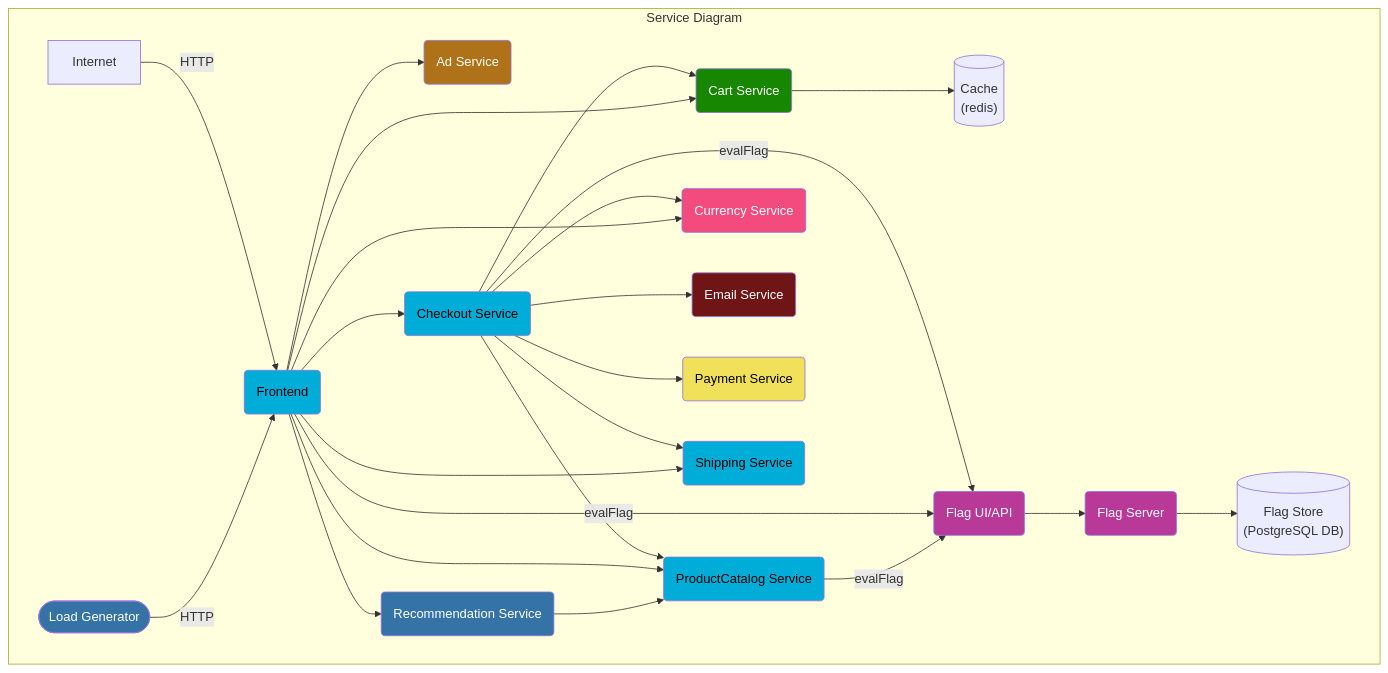
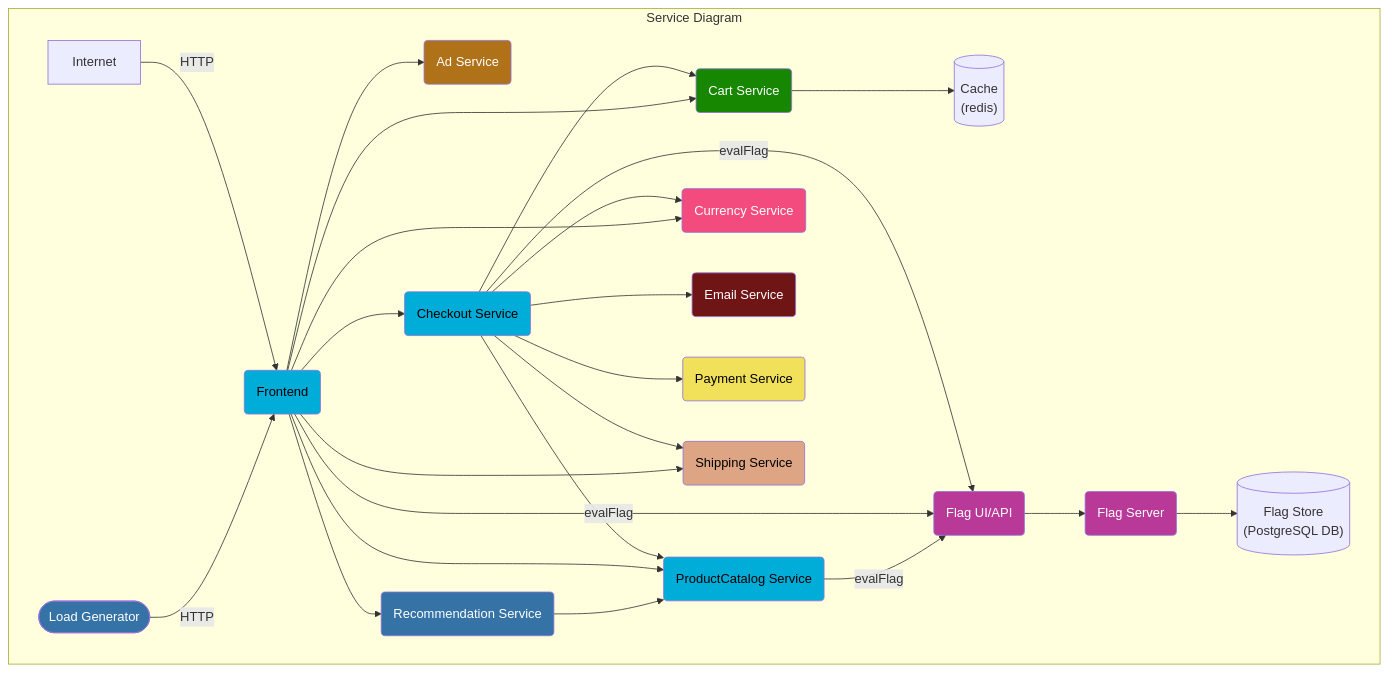
One commit to mohamed3637/opentelemetry-demo changed the first of 2 diagrams in README.md. Above: the diagram before and after it, drawn with Mermaid. The commit also changed other lines of this file and 1 other file, not shown here.

````diff
--- a/README.md
+++ b/README.md
@@ -123,57 +123,57 @@
 ```mermaid
 graph TD
 
 subgraph Service Diagram
 adservice(Ad Service):::java
 cache[(Cache<br/>&#40redis&#41)]
 cartservice(Cart Service):::dotnet
 checkoutservice(Checkout Service):::golang
 currencyservice(Currency Service):::cpp
 emailservice(Email Service):::ruby
 frontend(Frontend):::golang
 loadgenerator([Load Generator]):::python
 paymentservice(Payment Service):::nodejs
 productcatalogservice(ProductCatalog Service):::golang
 recommendationservice(Recommendation Service):::python
-shippingservice(Shipping Service):::golang
+shippingservice(Shipping Service):::rust
 
 Internet -->|HTTP| frontend
 loadgenerator -->|HTTP| frontend
 
 checkoutservice --> cartservice --> cache
 checkoutservice --> productcatalogservice
 checkoutservice --> currencyservice
 checkoutservice --> emailservice
 checkoutservice --> paymentservice
 checkoutservice --> shippingservice
 checkoutservice --> |evalFlag| featureflagfeservice
 
 frontend --> adservice
 frontend --> cartservice
 frontend --> productcatalogservice
 frontend --> checkoutservice
 frontend --> currencyservice
 frontend --> recommendationservice --> productcatalogservice
 frontend --> shippingservice
 frontend --> |evalFlag| featureflagfeservice
 
 productcatalogservice --> |evalFlag| featureflagfeservice
 
 featureflagbeservice(Flag Server):::erlang
 featureflagfeservice(Flag UI/API):::erlang
 featureflagstore[(Flag Store<br/>&#40PostgreSQL DB&#41)]
 
 featureflagfeservice --> featureflagbeservice --> featureflagstore
 
 end
 classDef java fill:#b07219,color:white;
 classDef dotnet fill:#178600,color:white;
 classDef golang fill:#00add8,color:black;
 classDef cpp fill:#f34b7d,color:white;
 classDef ruby fill:#701516,color:white;
 classDef python fill:#3572A5,color:white;
 classDef nodejs fill:#f1e05a,color:black;
 classDef rust fill:#dea584,color:black;
 classDef erlang fill:#b83998,color:white;
 classDef php fill:#4f5d95,color:white;
 ```
````
